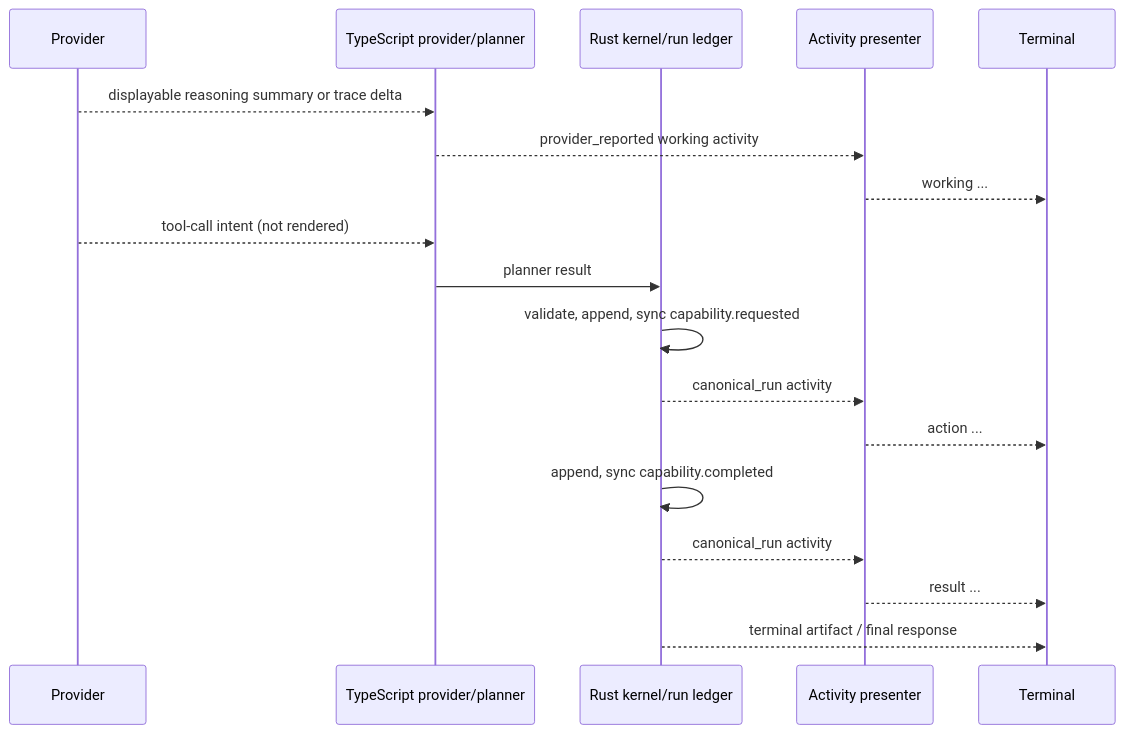
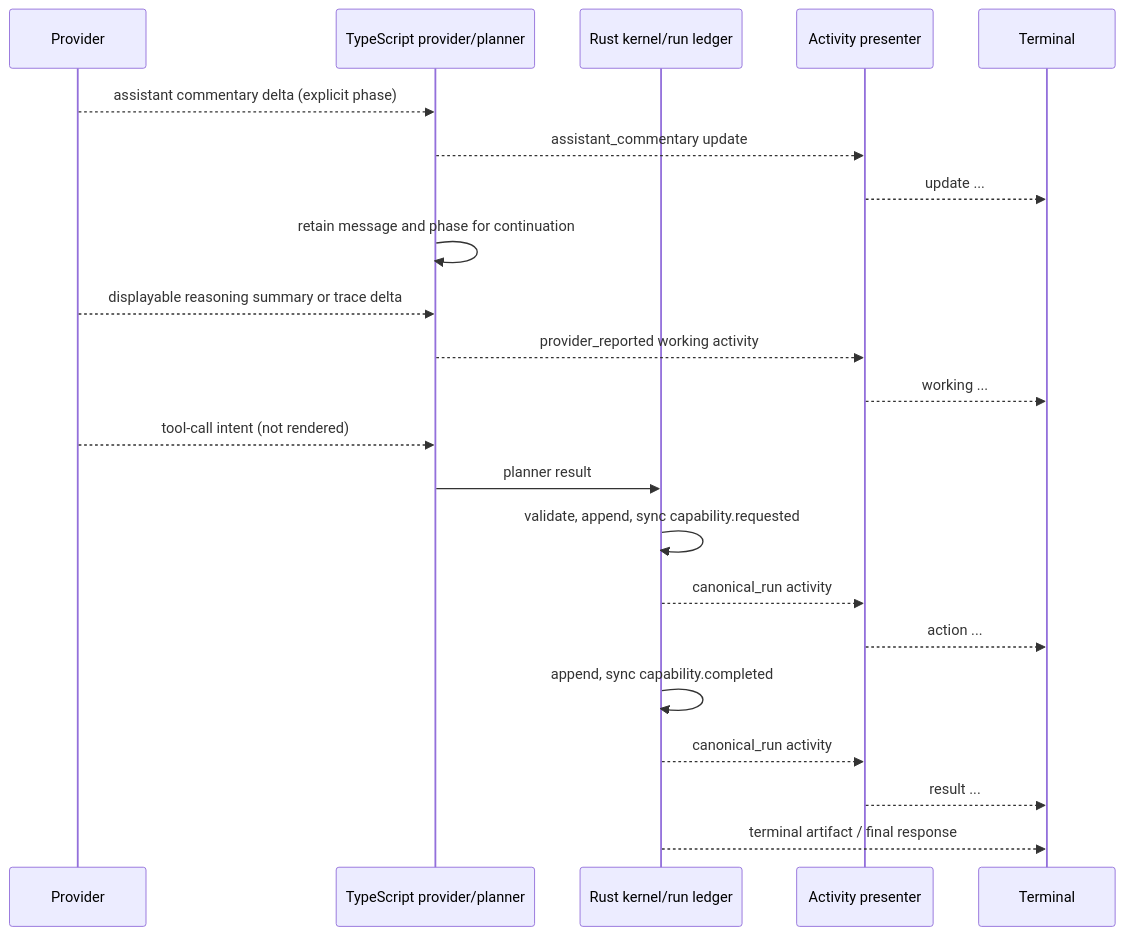
One commit to celestialcactus/forge-engine changed the first of 2 diagrams in docs/tasks/CLI-OBSERVABLE-ACTIVITY-FOUR-GATE-REVIEW.md. Above: the diagram before and after it, drawn with Mermaid. The commit also changed other lines of this file and 5 other files, not shown here.

Commit message:
docs: align activity design with assistant commentary

````diff
--- a/docs/tasks/CLI-OBSERVABLE-ACTIVITY-FOUR-GATE-REVIEW.md
+++ b/docs/tasks/CLI-OBSERVABLE-ACTIVITY-FOUR-GATE-REVIEW.md
@@ -145,21 +155,25 @@
 ```mermaid
 sequenceDiagram
     participant Provider
     participant TS as TypeScript provider/planner
     participant Rust as Rust kernel/run ledger
     participant View as Activity presenter
     participant Terminal
 
+    Provider-->>TS: assistant commentary delta (explicit phase)
+    TS-->>View: assistant_commentary update
+    View-->>Terminal: update ...
+    TS->>TS: retain message and phase for continuation
     Provider-->>TS: displayable reasoning summary or trace delta
     TS-->>View: provider_reported working activity
     View-->>Terminal: working ...
     Provider-->>TS: tool-call intent (not rendered)
     TS->>Rust: planner result
     Rust->>Rust: validate, append, sync capability.requested
     Rust-->>View: canonical_run activity
     View-->>Terminal: action ...
     Rust->>Rust: append, sync capability.completed
     Rust-->>View: canonical_run activity
     View-->>Terminal: result ...
     Rust-->>Terminal: terminal artifact / final response
 ```
````
